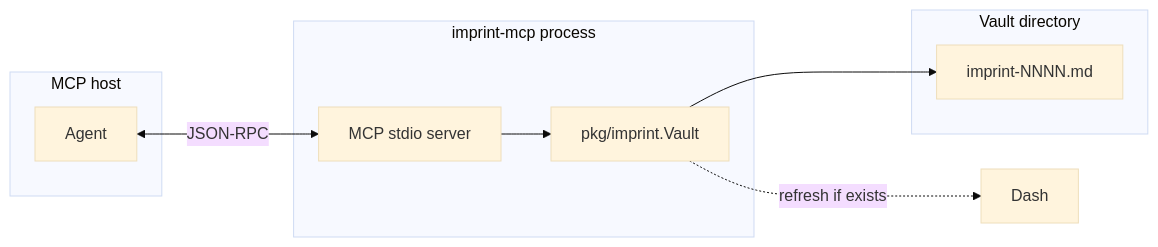
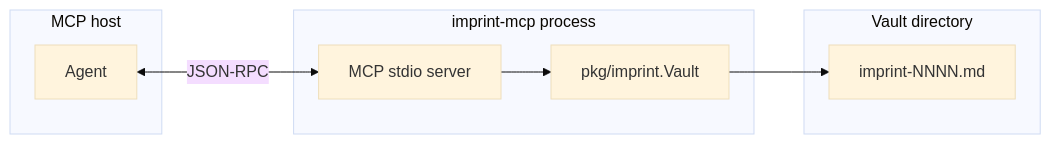
The diagram in docs/mcp.md (SteamedBread2333/imprint), drawn with Mermaid (base theme) before and after one commit. The commit also changed other lines of this file and 24 other files, not shown here.

````diff
--- a/docs/mcp.md
+++ b/docs/mcp.md
@@ -10,17 +10,16 @@
 ```mermaid
 flowchart LR
   subgraph host [MCP host]
     Agent[Agent]
   end
   subgraph proc [imprint-mcp process]
     MCP[MCP stdio server]
     Vault[pkg/imprint.Vault]
     MCP --> Vault
   end
   subgraph disk [Vault directory]
     Shards[imprint-NNNN.md]
   end
   Agent <-->|JSON-RPC| MCP
   Vault --> Shards
-  Vault -.->|refresh if exists| Dash
 ```
````
